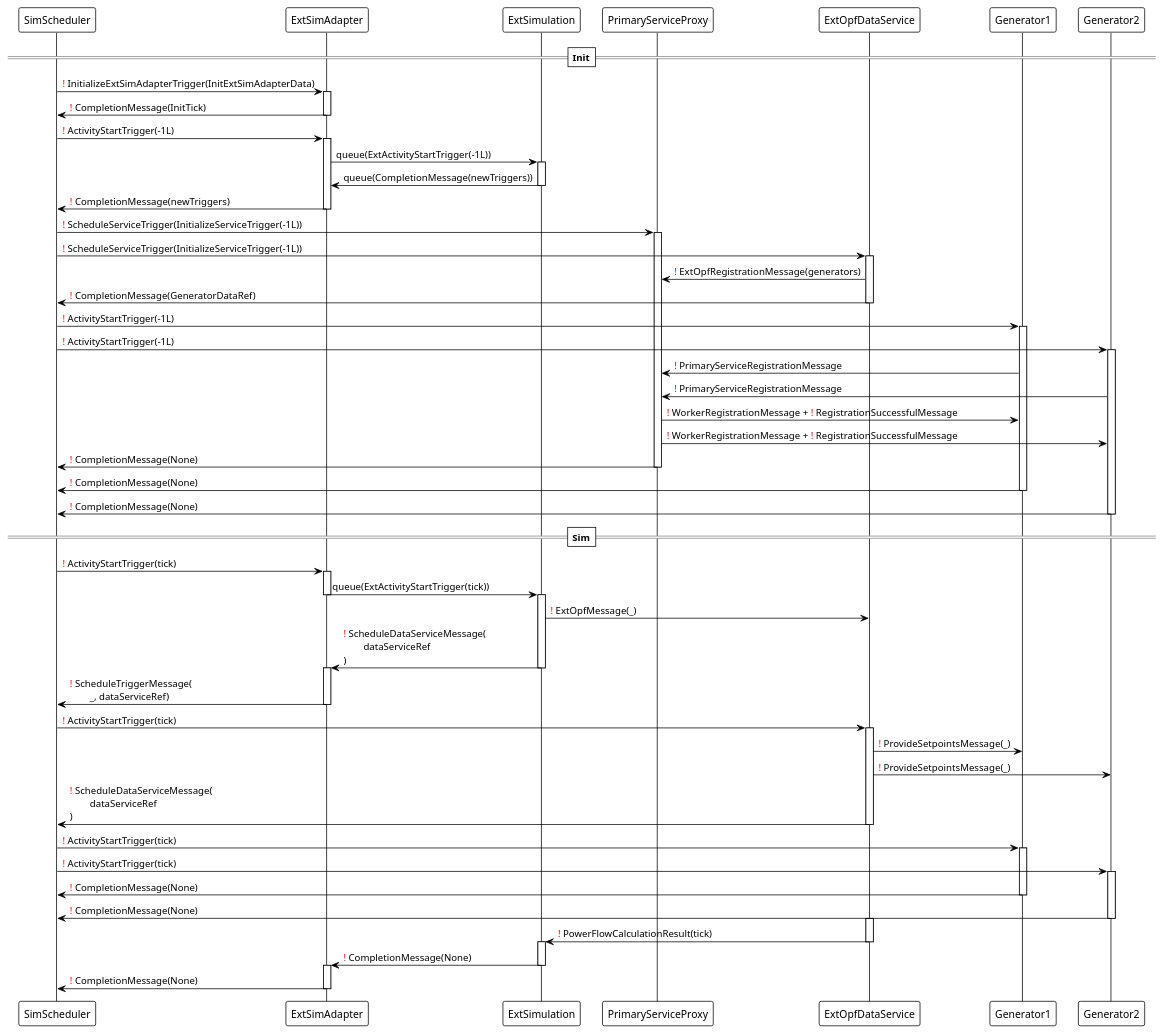
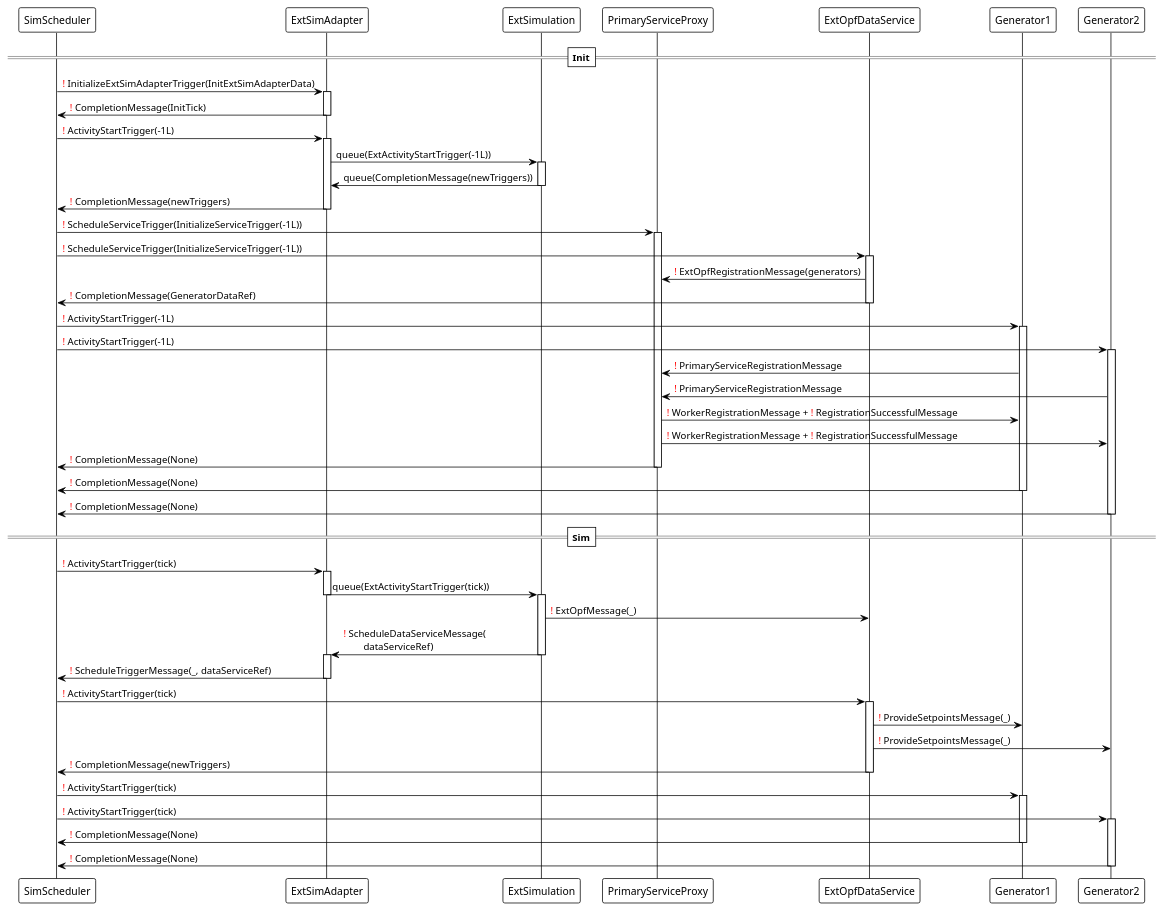
The diagram in docs/uml/protocol/ExtDCOPFSimulationSequence.puml (ie3-institute/simona), drawn with PlantUML before and after one commit. The commit also changed 8 other files, not shown here.

```diff
--- a/docs/uml/protocol/ExtDCOPFSimulationSequence.puml
+++ b/docs/uml/protocol/ExtDCOPFSimulationSequence.puml
@@ -1,100 +1,88 @@
 @startuml
 
 !theme plain
 
 ==Init==
 SimScheduler -> ExtSimAdapter: <font color=red>!</font> InitializeExtSimAdapterTrigger(InitExtSimAdapterData)
 activate ExtSimAdapter
 
 ExtSimAdapter -> SimScheduler: <font color=red>!</font> CompletionMessage(InitTick)
 deactivate ExtSimAdapter
 
 
 
 SimScheduler -> ExtSimAdapter: <font color=red>!</font> ActivityStartTrigger(-1L)
 activate ExtSimAdapter
 
 ExtSimAdapter -> ExtSimulation: queue(ExtActivityStartTrigger(-1L))
 activate ExtSimulation
 
 ExtSimulation -> ExtSimAdapter: queue(CompletionMessage(newTriggers))
 deactivate ExtSimulation
 
 ExtSimAdapter -> SimScheduler: <font color=red>!</font> CompletionMessage(newTriggers)
 deactivate ExtSimAdapter
 
 
 
 SimScheduler -> PrimaryServiceProxy: <font color=red>!</font> ScheduleServiceTrigger(InitializeServiceTrigger(-1L))
 activate PrimaryServiceProxy
 
 SimScheduler -> ExtOpfDataService: <font color=red>!</font> ScheduleServiceTrigger(InitializeServiceTrigger(-1L))
 activate ExtOpfDataService
 
 ExtOpfDataService -> PrimaryServiceProxy: <font color=red>!</font> ExtOpfRegistrationMessage(generators)
 ExtOpfDataService -> SimScheduler: <font color=red>!</font> CompletionMessage(GeneratorDataRef)
 deactivate ExtOpfDataService
 
 SimScheduler -> Generator1: <font color=red>!</font> ActivityStartTrigger(-1L)
 activate Generator1
 SimScheduler -> Generator2: <font color=red>!</font> ActivityStartTrigger(-1L)
 activate Generator2
 
 Generator1 -> PrimaryServiceProxy: <font color=red>!</font> PrimaryServiceRegistrationMessage
 Generator2 -> PrimaryServiceProxy: <font color=red>!</font> PrimaryServiceRegistrationMessage
 
 PrimaryServiceProxy -> Generator1: <font color=red>!</font> WorkerRegistrationMessage + <font color=red>!</font> RegistrationSuccessfulMessage
 PrimaryServiceProxy -> Generator2: <font color=red>!</font> WorkerRegistrationMessage + <font color=red>!</font> RegistrationSuccessfulMessage
 PrimaryServiceProxy -> SimScheduler: <font color=red>!</font> CompletionMessage(None)
 deactivate PrimaryServiceProxy
 
 Generator1 -> SimScheduler: <font color=red>!</font> CompletionMessage(None)
 deactivate Generator1
 Generator2 -> SimScheduler: <font color=red>!</font> CompletionMessage(None)
 deactivate Generator2
 
 ==Sim==
 SimScheduler -> ExtSimAdapter: <font color=red>!</font> ActivityStartTrigger(tick)
 activate ExtSimAdapter
 
 ExtSimAdapter -> ExtSimulation: queue(ExtActivityStartTrigger(tick))
 deactivate ExtSimAdapter
 
 activate ExtSimulation
 ExtSimulation -> ExtOpfDataService: <font color=red>!</font> ExtOpfMessage(_)
-ExtSimulation -> ExtSimAdapter: <font color=red>!</font> ScheduleDataServiceMessage(\n\tdataServiceRef\n)
+ExtSimulation -> ExtSimAdapter: <font color=red>!</font> ScheduleDataServiceMessage(\n\tdataServiceRef)
 deactivate ExtSimulation
 
 activate ExtSimAdapter
-ExtSimAdapter -> SimScheduler: <font color=red>!</font> ScheduleTriggerMessage(\n\t_, dataServiceRef)
+ExtSimAdapter -> SimScheduler: <font color=red>!</font> ScheduleTriggerMessage(_, dataServiceRef)
 deactivate ExtSimAdapter
 
 SimScheduler -> ExtOpfDataService: <font color=red>!</font> ActivityStartTrigger(tick)
 activate ExtOpfDataService
 ExtOpfDataService -> Generator1: <font color=red>!</font> ProvideSetpointsMessage(_)
 ExtOpfDataService -> Generator2: <font color=red>!</font> ProvideSetpointsMessage(_)
-ExtOpfDataService -> SimScheduler: <font color=red>!</font> ScheduleDataServiceMessage(\n\tdataServiceRef\n)
+ExtOpfDataService -> SimScheduler: <font color=red>!</font> CompletionMessage(newTriggers)
 deactivate ExtOpfDataService
 
 SimScheduler -> Generator1: <font color=red>!</font> ActivityStartTrigger(tick)
 activate Generator1
 SimScheduler -> Generator2: <font color=red>!</font> ActivityStartTrigger(tick)
 activate Generator2
 Generator1 -> SimScheduler: <font color=red>!</font> CompletionMessage(None)
 deactivate Generator1
 Generator2 -> SimScheduler: <font color=red>!</font> CompletionMessage(None)
 deactivate Generator2
 
-activate ExtOpfDataService
-ExtOpfDataService -> ExtSimulation: <font color=red>!</font> PowerFlowCalculationResult(tick)
-deactivate ExtOpfDataService
-
-activate ExtSimulation
-ExtSimulation -> ExtSimAdapter: <font color=red>!</font> CompletionMessage(None)
-deactivate ExtSimulation
-
-activate ExtSimAdapter
-ExtSimAdapter -> SimScheduler: <font color=red>!</font> CompletionMessage(None)
-deactivate ExtSimAdapter
-
 @enduml
```
